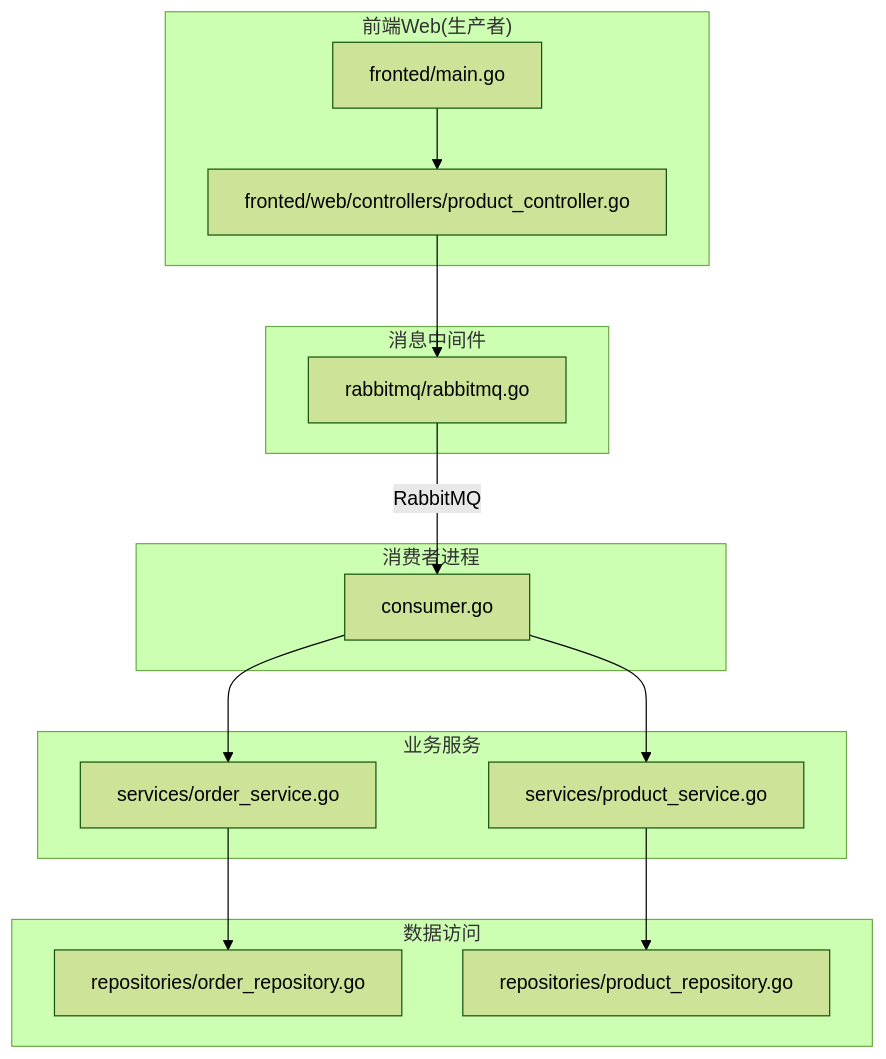
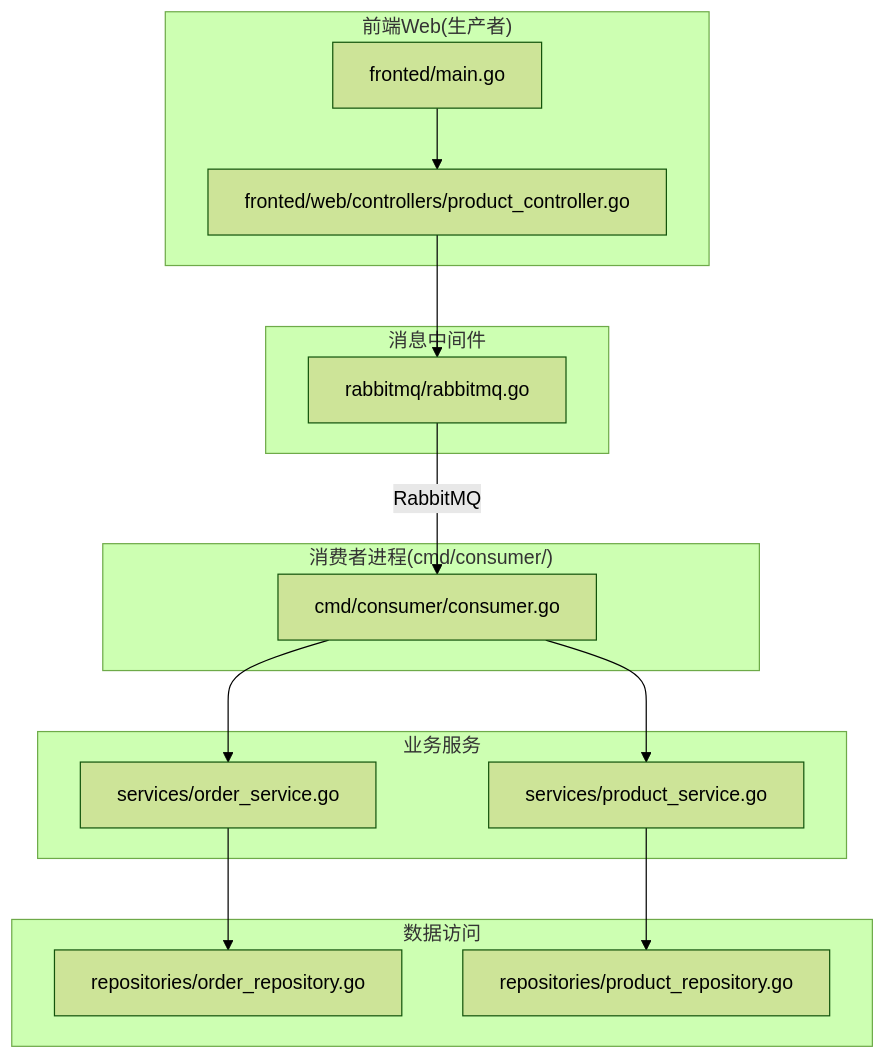
One commit to gbtdesign/e-commerce-t changed the first of 6 diagrams in .qoder/repowiki/zh/content/核心业务模块/消息处理模块.md. Above: the diagram before and after it, drawn with Mermaid (forest theme). The commit also changed other lines of this file and 53 other files, not shown here.

````diff
--- a/.qoder/repowiki/zh/content/核心业务模块/消息处理模块.md
+++ b/.qoder/repowiki/zh/content/核心业务模块/消息处理模块.md
@@ -43,28 +50,28 @@
 ```mermaid
 graph TB
 subgraph "前端Web(生产者)"
 FE_Main["fronted/main.go"]
 FE_Ctrl["fronted/web/controllers/product_controller.go"]
 end
 subgraph "消息中间件"
 RMQ["rabbitmq/rabbitmq.go"]
 end
-subgraph "消费者进程"
-CONSUMER["consumer.go"]
+subgraph "消费者进程(cmd/consumer/)"
+CONSUMER["cmd/consumer/consumer.go"]
 end
 subgraph "业务服务"
 S_ORDER["services/order_service.go"]
 S_PRODUCT["services/product_service.go"]
 end
 subgraph "数据访问"
 R_ORDER["repositories/order_repository.go"]
 R_PRODUCT["repositories/product_repository.go"]
 end
 FE_Main --> FE_Ctrl
 FE_Ctrl --> RMQ
 RMQ --> |RabbitMQ| CONSUMER
 CONSUMER --> S_ORDER
 CONSUMER --> S_PRODUCT
 S_ORDER --> R_ORDER
 S_PRODUCT --> R_PRODUCT
 ```
````
